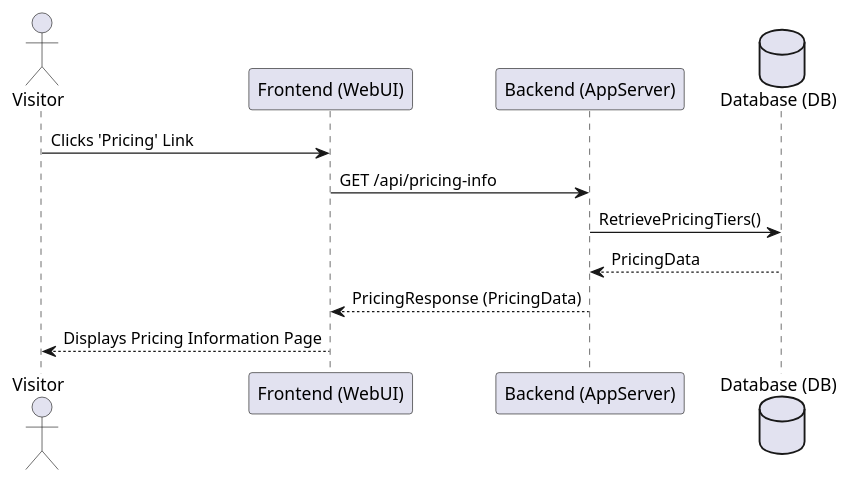
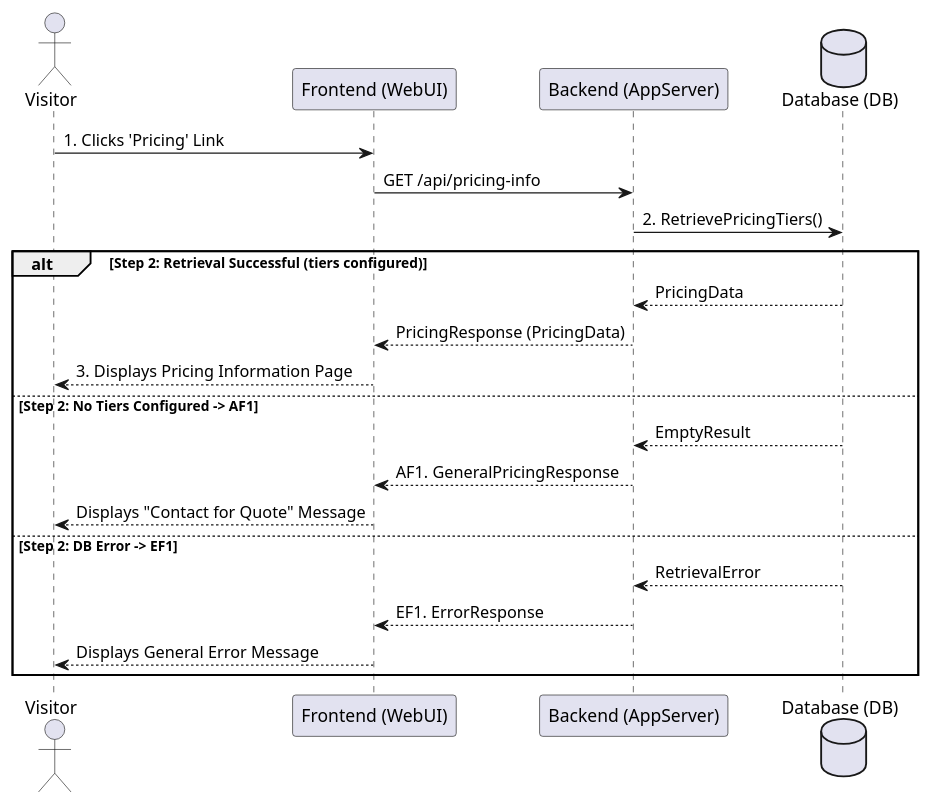
Before and after one commit to 7azmi/Al-Muneer-Portal: the tenth of 36 diagrams in Academic version/appendix: SRS.md, drawn with PlantUML. The commit also changed other lines of this file and 10 other files, not shown here.

````diff
--- a/Academic version/appendix: SRS.md
+++ b/Academic version/appendix: SRS.md
@@ -631,15 +667,25 @@
 ```plantuml
 @startuml
 actor Visitor
 participant "Frontend (WebUI)" as UI
 participant "Backend (AppServer)" as App
 database "Database (DB)" as DB
 
-Visitor -> UI : Clicks 'Pricing' Link
+Visitor -> UI : 1. Clicks 'Pricing' Link
 UI -> App : GET /api/pricing-info
-App -> DB : RetrievePricingTiers()
-DB --> App : PricingData
-App --> UI : PricingResponse (PricingData)
-UI --> Visitor : Displays Pricing Information Page
+App -> DB : 2. RetrievePricingTiers()
+alt Step 2: Retrieval Successful (tiers configured)
+    DB --> App : PricingData
+    App --> UI : PricingResponse (PricingData)
+    UI --> Visitor : 3. Displays Pricing Information Page
+else Step 2: No Tiers Configured -> AF1
+    DB --> App : EmptyResult
+    App --> UI : AF1. GeneralPricingResponse
+    UI --> Visitor : Displays "Contact for Quote" Message
+else Step 2: DB Error -> EF1
+    DB --> App : RetrievalError
+    App --> UI : EF1. ErrorResponse
+    UI --> Visitor : Displays General Error Message
+end
 @enduml
 ```
````
